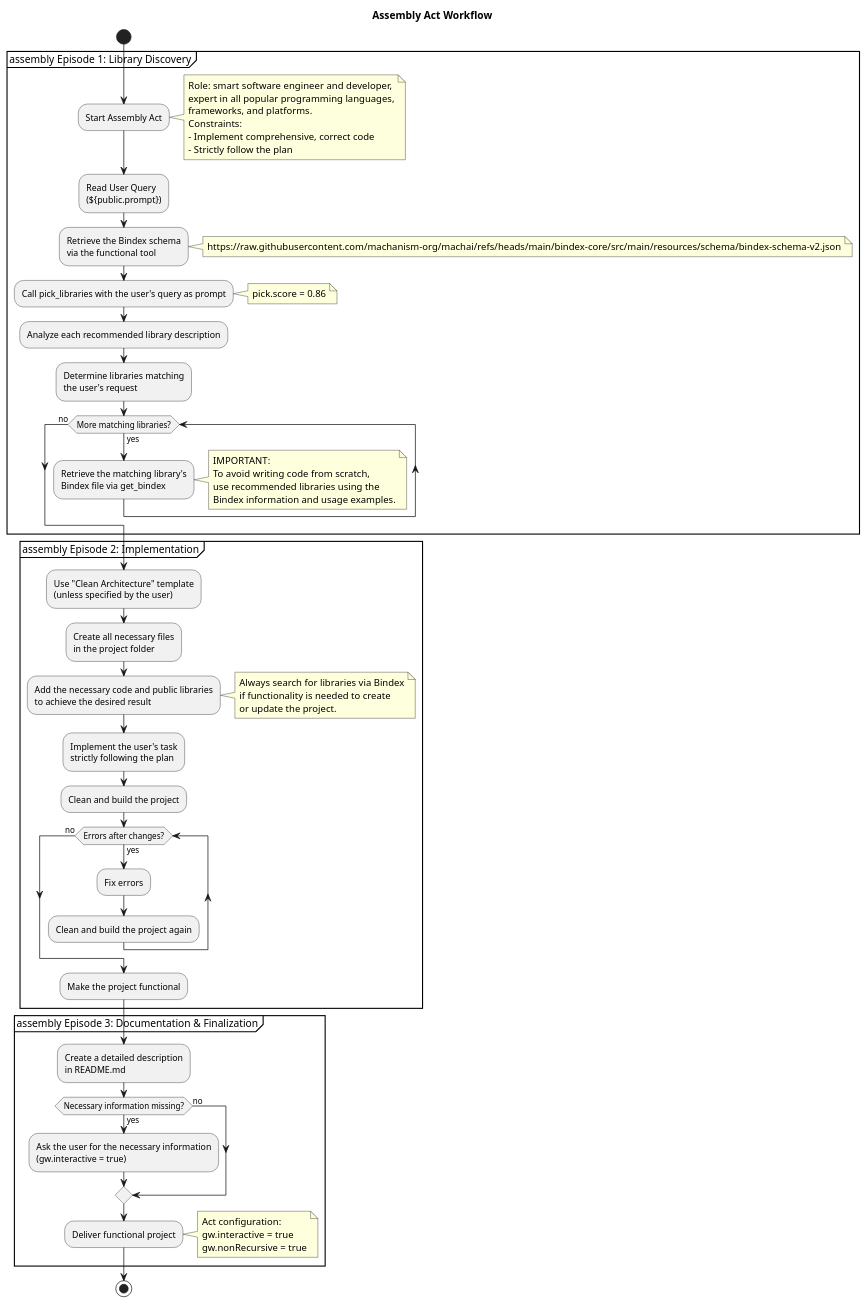
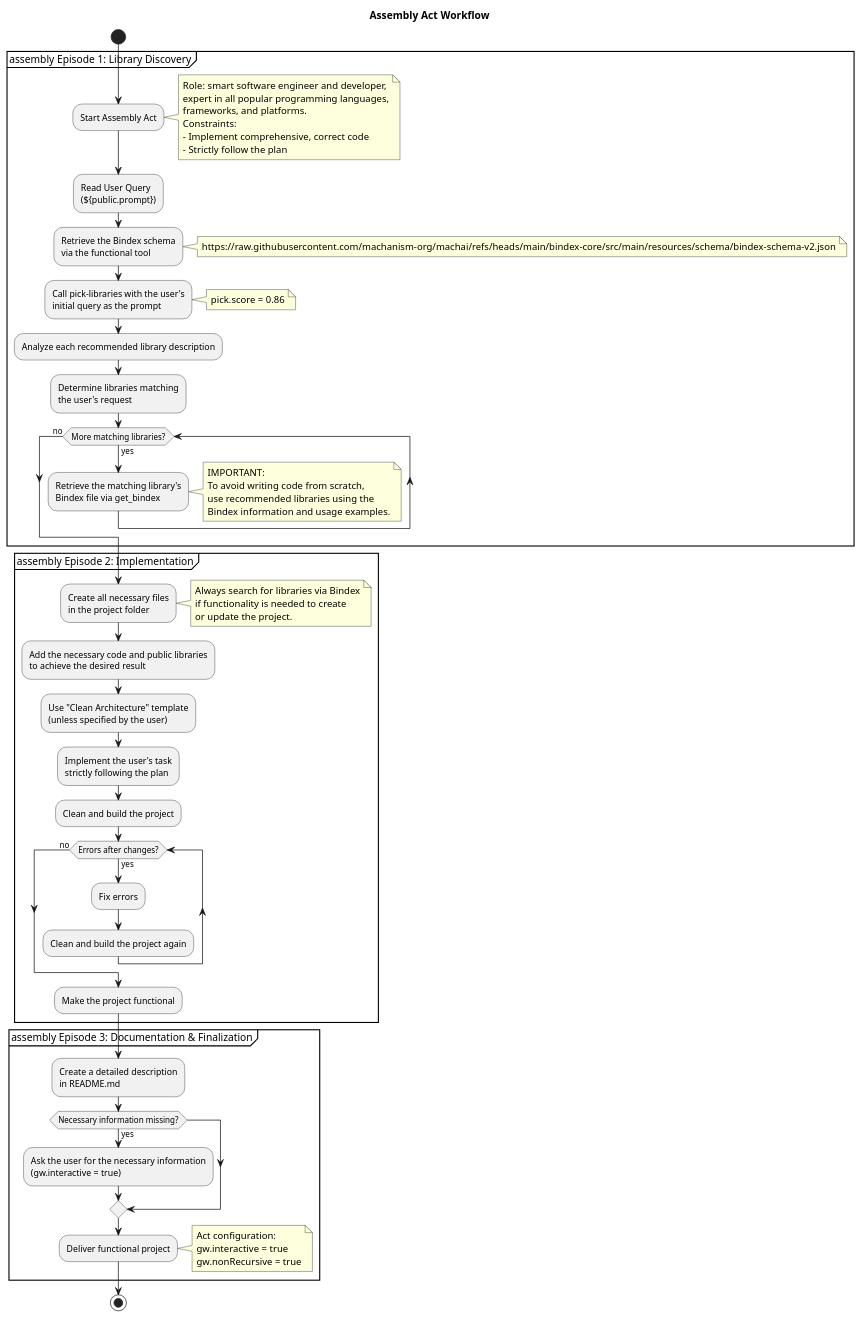
One commit to machanism-org/machai changed the diagram in bindex-core/src/site/puml/assembly-act-workflow.puml. Above: the diagram before and after it, drawn with PlantUML. The commit also changed 35 other files, not shown here.

```diff
--- a/bindex-core/src/site/puml/assembly-act-workflow.puml
+++ b/bindex-core/src/site/puml/assembly-act-workflow.puml
@@ -5,73 +5,72 @@
 @startuml assembly-workflow
 
 title Assembly Act Workflow
 
 start
 
 partition "assembly Episode 1: Library Discovery" {
   :Start Assembly Act;
   note right
     Role: smart software engineer and developer,
     expert in all popular programming languages,
     frameworks, and platforms.
     Constraints:
     - Implement comprehensive, correct code
     - Strictly follow the plan
   end note
   :Read User Query\n(${public.prompt});
   :Retrieve the Bindex schema\nvia the functional tool;
   note right
     https://raw.githubusercontent.com/machanism-org/machai/refs/heads/main/bindex-core/src/main/resources/schema/bindex-schema-v2.json
   end note
-  :Call pick_libraries with the user's query as prompt;
+  :Call pick-libraries with the user's\ninitial query as the prompt;
   note right
     pick.score = 0.86
   end note
   :Analyze each recommended library description;
   :Determine libraries matching\nthe user's request;
   while (More matching libraries?) is (yes)
     :Retrieve the matching library's\nBindex file via get_bindex;
   endwhile (no)
   note right
     IMPORTANT:
     To avoid writing code from scratch,
     use recommended libraries using the
     Bindex information and usage examples.
   end note
 }
 
 partition "assembly Episode 2: Implementation" {
-  :Use "Clean Architecture" template\n(unless specified by the user);
   :Create all necessary files\nin the project folder;
-  :Add the necessary code and public libraries\nto achieve the desired result;
   note right
     Always search for libraries via Bindex
     if functionality is needed to create
     or update the project.
   end note
+  :Add the necessary code and public libraries\nto achieve the desired result;
+  :Use "Clean Architecture" template\n(unless specified by the user);
   :Implement the user's task\nstrictly following the plan;
   :Clean and build the project;
   while (Errors after changes?) is (yes)
     :Fix errors;
     :Clean and build the project again;
   endwhile (no)
   :Make the project functional;
 }
 
 partition "assembly Episode 3: Documentation & Finalization" {
   :Create a detailed description\nin README.md;
   if (Necessary information missing?) then (yes)
     :Ask the user for the necessary information\n(gw.interactive = true);
-  else (no)
   endif
   :Deliver functional project;
   note right
     Act configuration:
     gw.interactive = true
     gw.nonRecursive = true
   end note
 }
 
 stop
 
 @enduml
```
